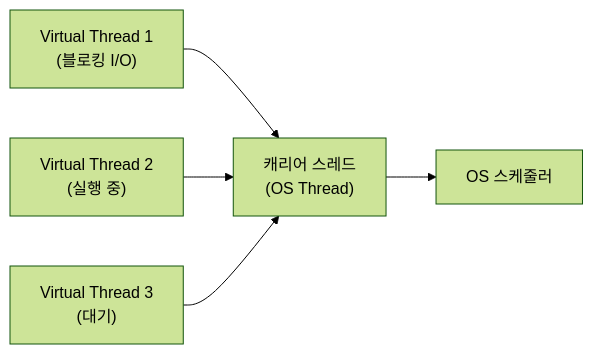
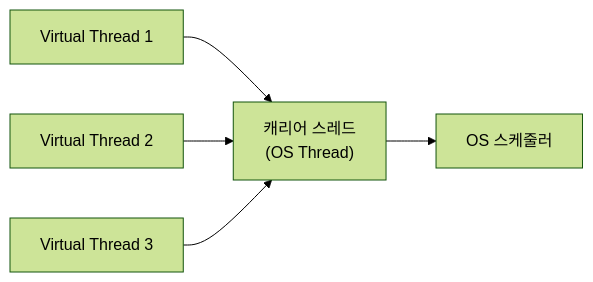
Before and after one commit to yjkim2015/yjkim2015.github.io: the fourth of 4 diagrams in _posts/spring/2026-05-01-spring-async.md, drawn with Mermaid (forest theme). The commit also changed other lines of this file and 245 other files, not shown here.

First line of the commit message:
Mermaid 다이어그램 전면 수정 + 면접 포인트 접기/펼치기 + DB 데드락 페이지

````diff
--- a/_posts/spring/2026-05-01-spring-async.md
+++ b/_posts/spring/2026-05-01-spring-async.md
@@ -846,7 +846,7 @@
 ```mermaid
 graph LR
-    VT1["Virtual Thread 1\n(블로킹 I/O)"] --> CT["캐리어 스레드\n(OS Thread)"]
-    VT2["Virtual Thread 2\n(실행 중)"] --> CT
-    VT3["Virtual Thread 3\n(대기)"] --> CT
+    VT1["Virtual Thread 1"] --> CT["캐리어 스레드\n(OS Thread)"]
+    VT2["Virtual Thread 2"] --> CT
+    VT3["Virtual Thread 3"] --> CT
     CT --> OS["OS 스케줄러"]
 ```
````
